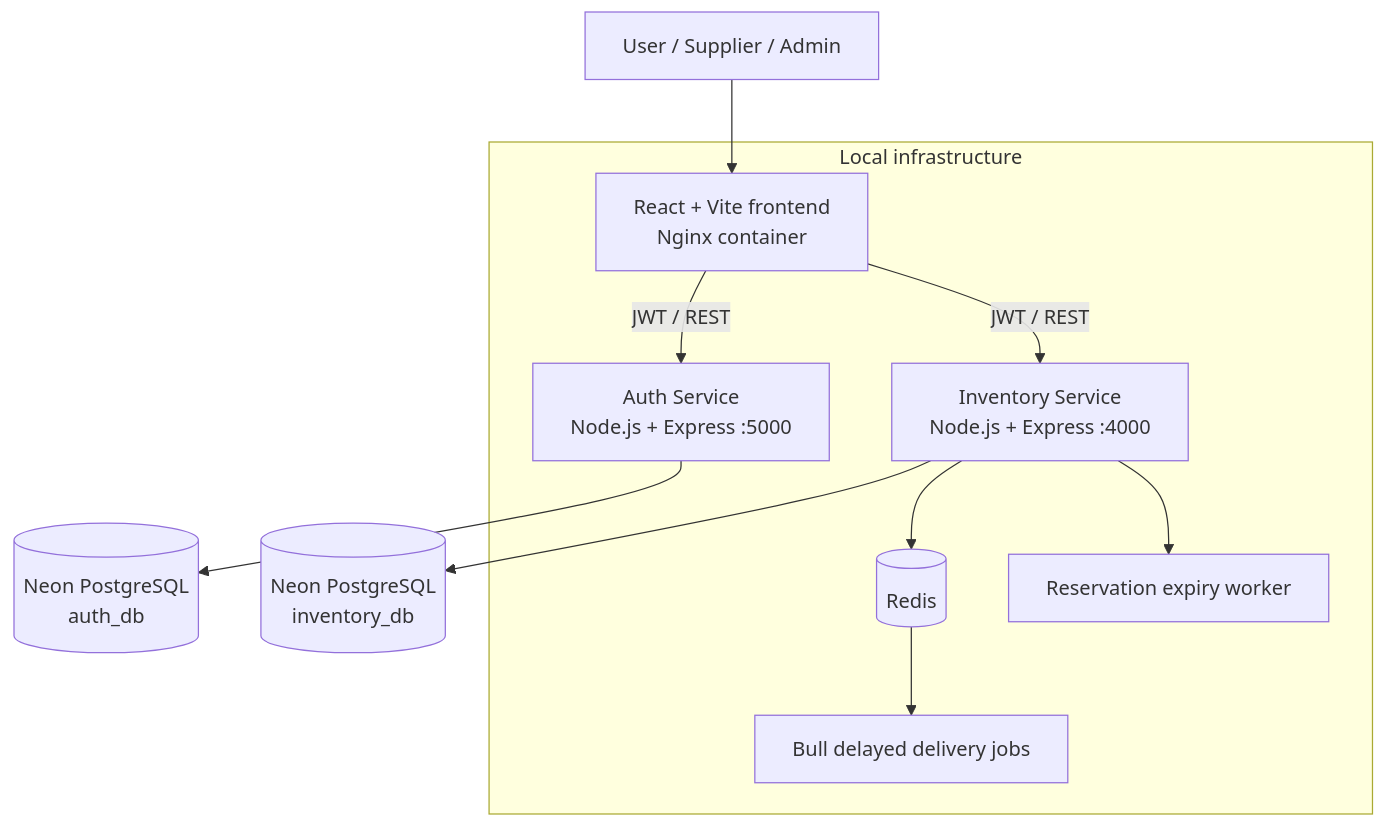
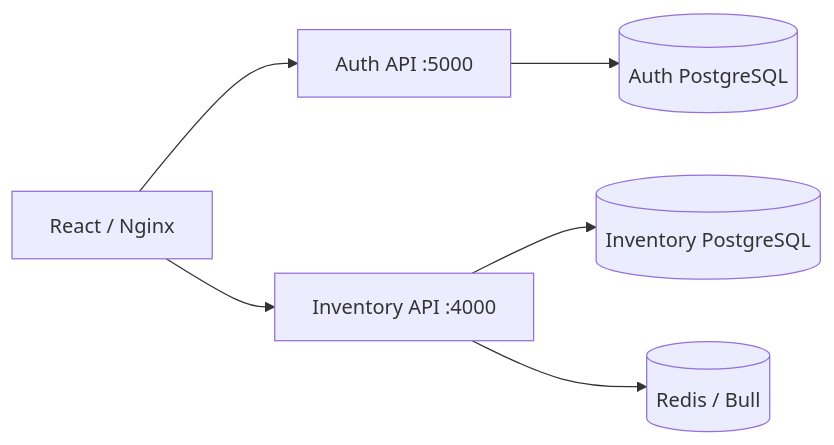
One commit to RudraSingh05/RescueChain changed the second of 3 diagrams in README.md. Above: the diagram before and after it, drawn with Mermaid. The commit also changed other lines of this file and 2 other files, not shown here.

Commit message:
docs: add project README and system architecture

````diff
--- a/README.md
+++ b/README.md
@@ -74,19 +76,8 @@
 ```mermaid
-flowchart TB
-    U[User / Supplier / Admin] --> F[React + Vite frontend\nNginx container]
-    F -->|JWT / REST| A[Auth Service\nNode.js + Express :5000]
-    F -->|JWT / REST| I[Inventory Service\nNode.js + Express :4000]
-    A --> PA[(Neon PostgreSQL\nauth_db)]
-    I --> PI[(Neon PostgreSQL\ninventory_db)]
-    I --> R[(Redis)]
-    R --> Q[Bull delayed delivery jobs]
-    I --> W[Reservation expiry worker]
-    subgraph Local infrastructure
-      F
-      A
-      I
-      R
-      Q
-      W
-    end
+flowchart LR
+    Client[React / Nginx] --> Auth[Auth API :5000]
+    Client --> Inventory[Inventory API :4000]
+    Auth --> AuthDB[(Auth PostgreSQL)]
+    Inventory --> InventoryDB[(Inventory PostgreSQL)]
+    Inventory --> Redis[(Redis / Bull)]
 ```
````
